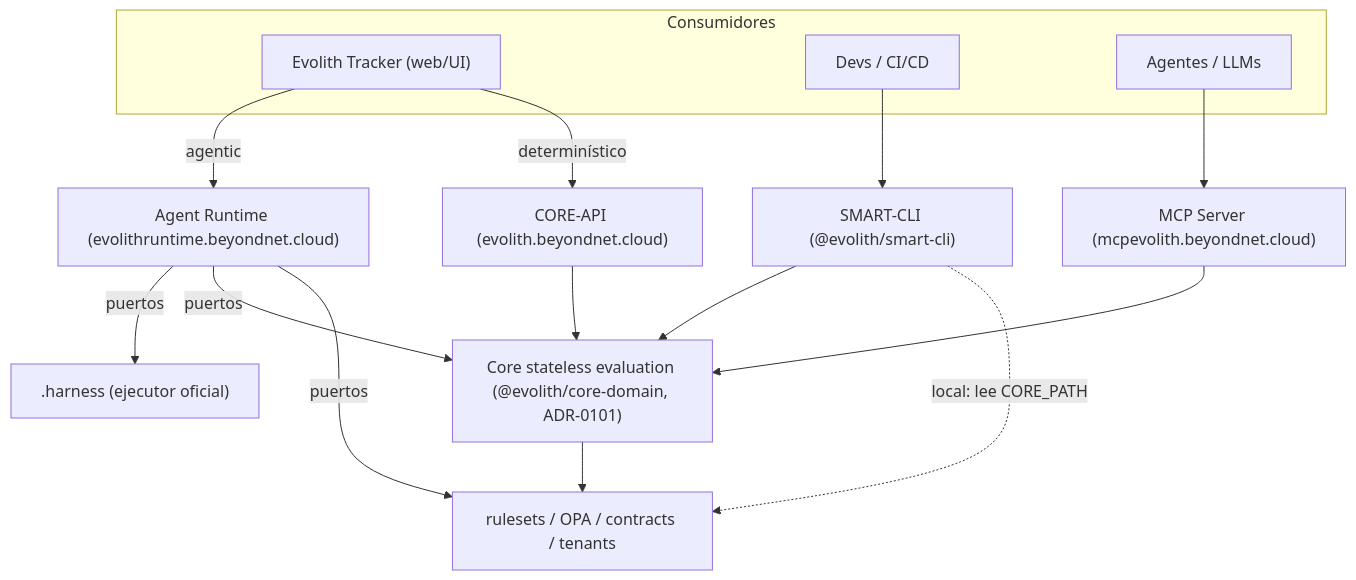
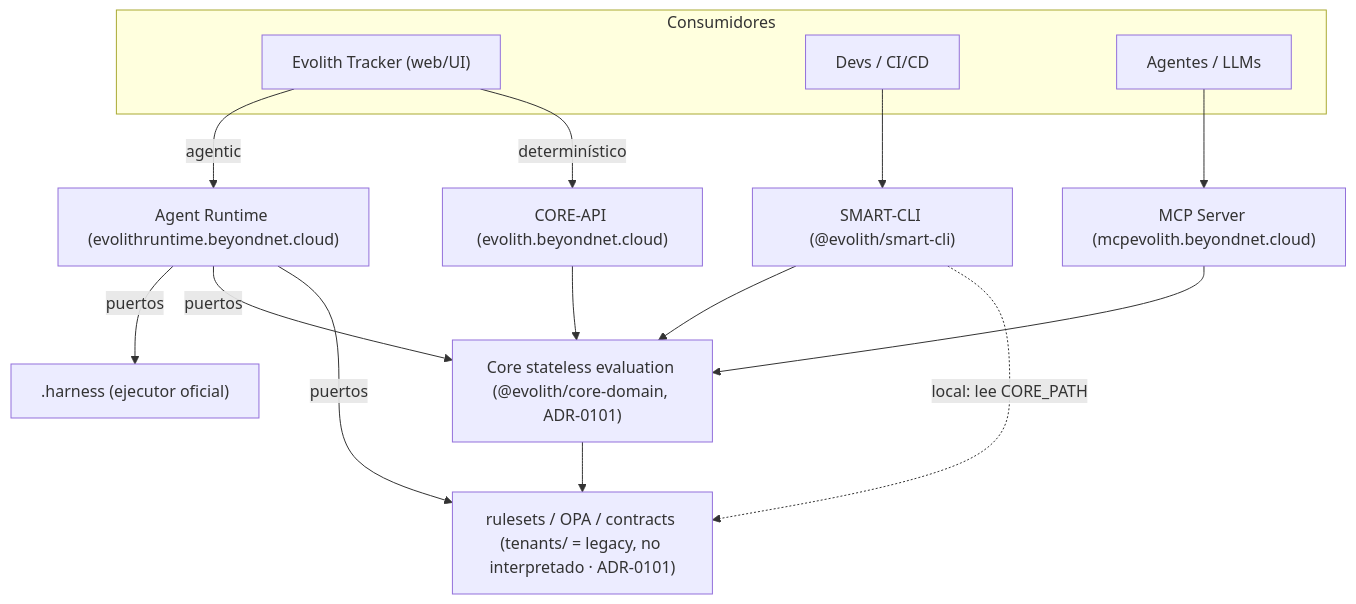
The diagram in reference/architecture/EVOLITH-ARCHITECTURE-DESIGN.md (beyondnetcode/evolith_arch32), drawn with Mermaid before and after one commit. The commit also changed other lines of this file, not shown here.

First line of the commit message:
docs(architecture): align tenant model + Tracker BFF to ADR-0101/0074

````diff
--- a/reference/architecture/EVOLITH-ARCHITECTURE-DESIGN.md
+++ b/reference/architecture/EVOLITH-ARCHITECTURE-DESIGN.md
@@ -55,28 +59,28 @@
 ```mermaid
 flowchart TB
   subgraph clients["Consumidores"]
     tracker["Evolith Tracker (web/UI)"]
     devs["Devs / CI/CD"]
     agents["Agentes / LLMs"]
   end
   cli["SMART-CLI (@evolith/smart-cli)"]
   api["CORE-API (evolith.beyondnet.cloud)"]
   mcp["MCP Server (mcpevolith.beyondnet.cloud)"]
   runtime["Agent Runtime (evolithruntime.beyondnet.cloud)"]
   core["Core stateless evaluation (@evolith/core-domain, ADR-0101)"]
-  gov["rulesets / OPA / contracts / tenants"]
+  gov["rulesets / OPA / contracts (tenants/ = legacy, no interpretado · ADR-0101)"]
   harness[".harness (ejecutor oficial)"]
 
   devs --> cli
   agents --> mcp
   tracker -->|"agentic"| runtime
   tracker -->|"determinístico"| api
   cli --> core
   api --> core
   mcp --> core
   runtime -->|"puertos"| harness
   runtime -->|"puertos"| core
   runtime -->|"puertos"| gov
   core --> gov
   cli -.->|"local: lee CORE_PATH"| gov
 ```
````
